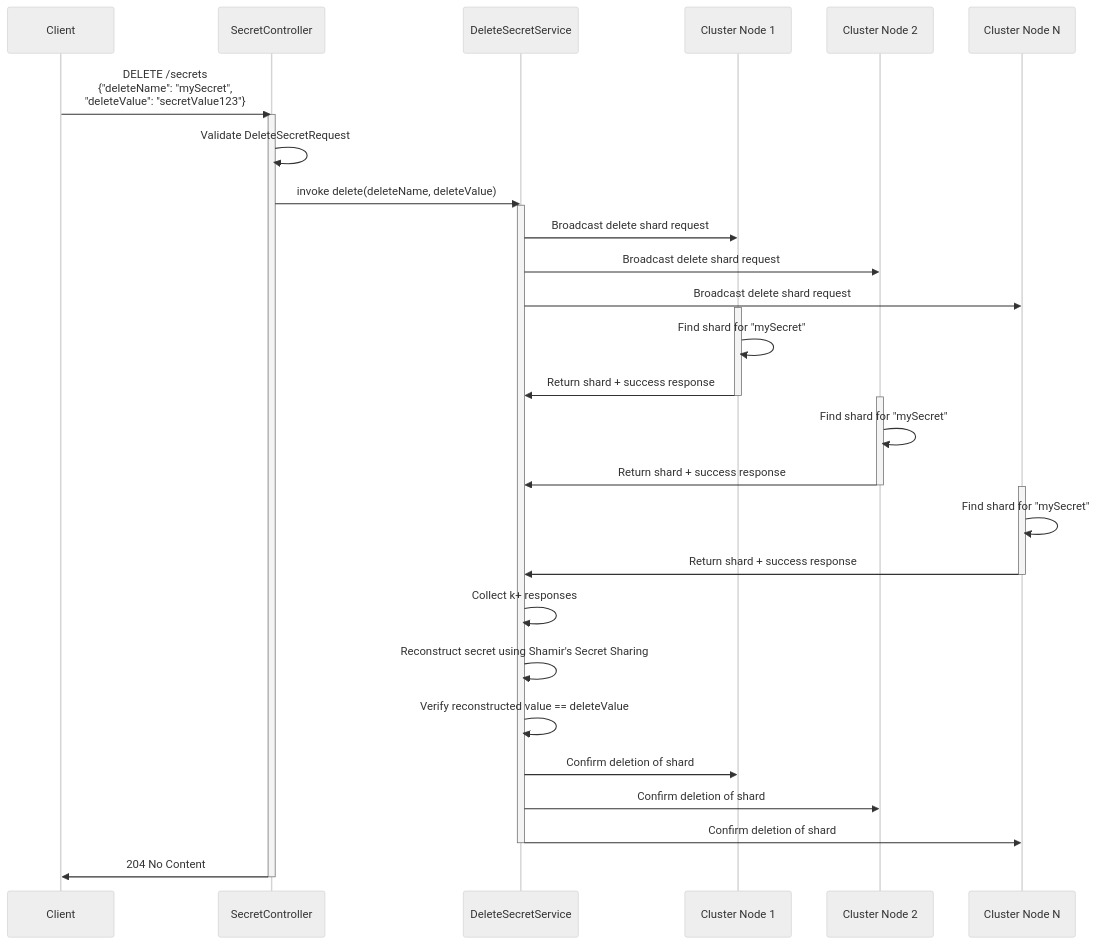
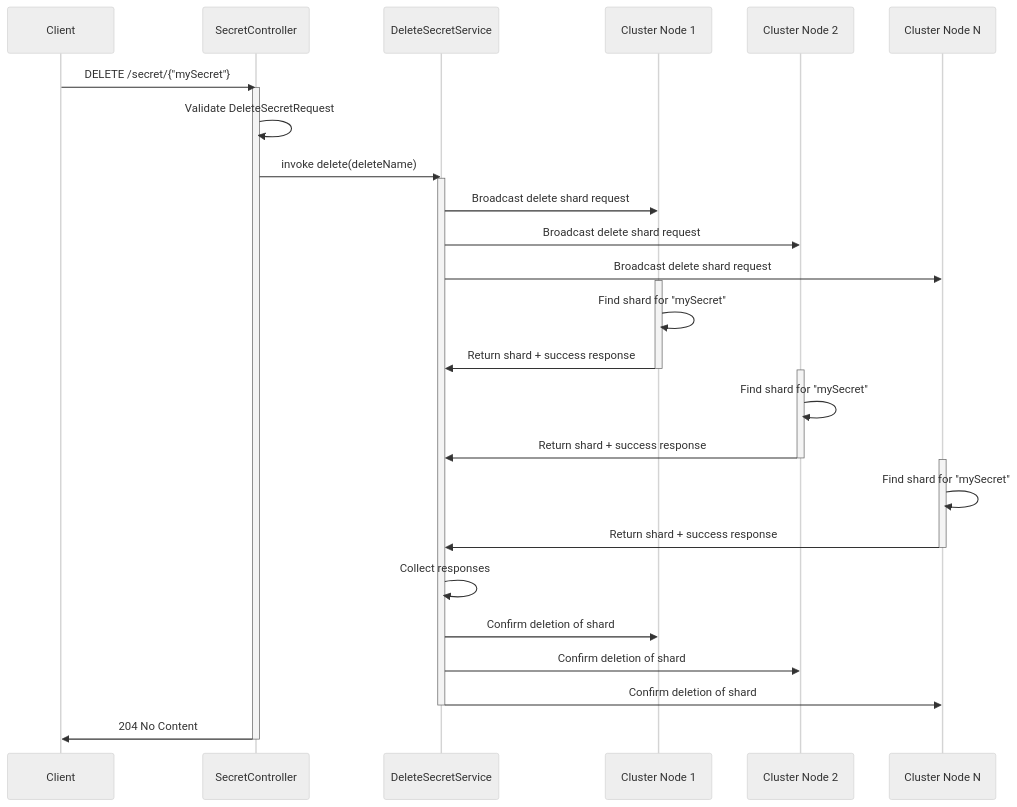
The first of 2 diagrams in docs/crud/delete.md (S26-Distributed-Capstone/DistributedSecretsVault), drawn with Mermaid (neutral theme) before and after one commit. The commit also changed other lines of this file, not shown here.

Commit message:
removed deleteValue references and added quorum for delete

````diff
--- a/docs/crud/delete.md
+++ b/docs/crud/delete.md
@@ -25,44 +23,42 @@
 ```mermaid
 sequenceDiagram
     participant Client
     participant Controller as SecretController
     participant Service as DeleteSecretService
     participant Node1 as Cluster Node 1
     participant Node2 as Cluster Node 2
     participant NodeN as Cluster Node N
 
-    Client->>Controller: DELETE /secrets<br/>{"deleteName": "mySecret",<br/>"deleteValue": "secretValue123"}
+    Client->>Controller: DELETE /secret/{"mySecret"}
     activate Controller
     Controller->>Controller: Validate DeleteSecretRequest
-    Controller->>Service: invoke delete(deleteName, deleteValue)
+    Controller->>Service: invoke delete(deleteName)
     activate Service
     Service->>Node1: Broadcast delete shard request
     Service->>Node2: Broadcast delete shard request
     Service->>NodeN: Broadcast delete shard request
     
     activate Node1
     Node1->>Node1: Find shard for "mySecret"
     Node1->>Service: Return shard + success response
     deactivate Node1
     
     activate Node2
     Node2->>Node2: Find shard for "mySecret"
     Node2->>Service: Return shard + success response
     deactivate Node2
     
     activate NodeN
     NodeN->>NodeN: Find shard for "mySecret"
     NodeN->>Service: Return shard + success response
     deactivate NodeN
     
-    Service->>Service: Collect k+ responses
-    Service->>Service: Reconstruct secret using Shamir's Secret Sharing
-    Service->>Service: Verify reconstructed value == deleteValue
+    Service->>Service: Collect responses
     Service->>Node1: Confirm deletion of shard
     Service->>Node2: Confirm deletion of shard
     Service->>NodeN: Confirm deletion of shard
     
     deactivate Service
     Controller->>Client: 204 No Content
     deactivate Controller
 ```
````
